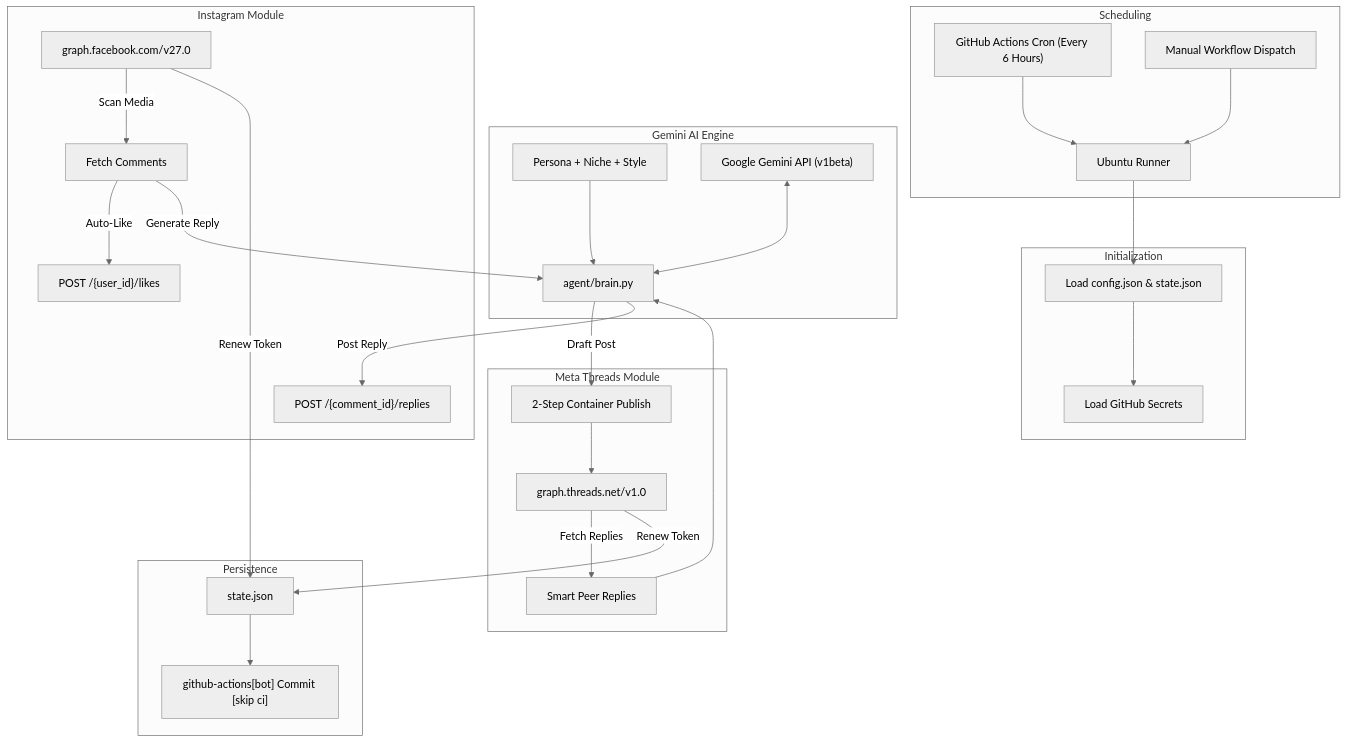
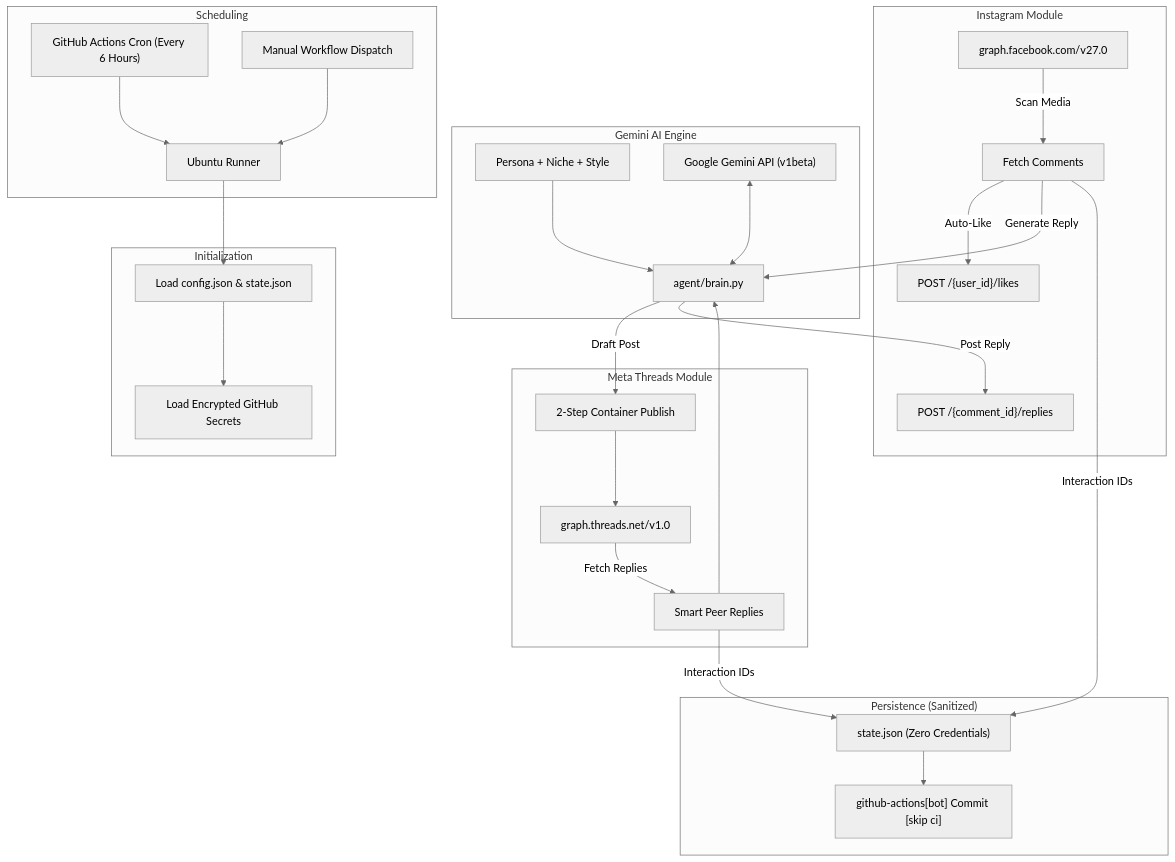
One commit to Lakshay-exec/social-media-agent changed the diagram in README.md. Above: the diagram before and after it, drawn with Mermaid (neutral theme). The commit also changed other lines of this file and 3 other files, not shown here.

Commit message:
chore: sanitize state.json, remove hardcoded identifiers, and document privacy architecture

````diff
--- a/README.md
+++ b/README.md
@@ -28,38 +44,38 @@
 ```mermaid
 flowchart TD
     subgraph Scheduling
         CRON["GitHub Actions Cron (Every 6 Hours)"] --> RUNNER["Ubuntu Runner"]
         DISPATCH["Manual Workflow Dispatch"] --> RUNNER
     end
 
     subgraph Initialization
         RUNNER --> LOAD_CFG["Load config.json & state.json"]
-        LOAD_CFG --> ENV["Load GitHub Secrets"]
+        LOAD_CFG --> ENV["Load Encrypted GitHub Secrets"]
     end
 
     subgraph Gemini AI Engine
         BRAIN["agent/brain.py"]
         PROMPT["Persona + Niche + Style"] --> BRAIN
         GEMINI["Google Gemini API (v1beta)"] <--> BRAIN
     end
 
     subgraph Meta Threads Module
         BRAIN -->|Draft Post| TH_POST["2-Step Container Publish"]
         TH_POST --> TH_API["graph.threads.net/v1.0"]
         TH_API -->|Fetch Replies| TH_COMM["Smart Peer Replies"]
         TH_COMM --> BRAIN
     end
 
     subgraph Instagram Module
         IG_API["graph.facebook.com/v27.0"] -->|Scan Media| IG_COMM["Fetch Comments"]
         IG_COMM -->|Auto-Like| IG_LIKE["POST /{user_id}/likes"]
         IG_COMM -->|Generate Reply| BRAIN
         BRAIN -->|Post Reply| IG_REPLY["POST /{comment_id}/replies"]
     end
 
-    subgraph Persistence
-        TH_API -->|Renew Token| STATE["state.json"]
-        IG_API -->|Renew Token| STATE
+    subgraph Persistence ["Persistence (Sanitized)"]
+        TH_COMM -->|Interaction IDs| STATE["state.json (Zero Credentials)"]
+        IG_COMM -->|Interaction IDs| STATE
         STATE --> GIT_COMMIT["github-actions[bot] Commit [skip ci]"]
     end
 ```
````
